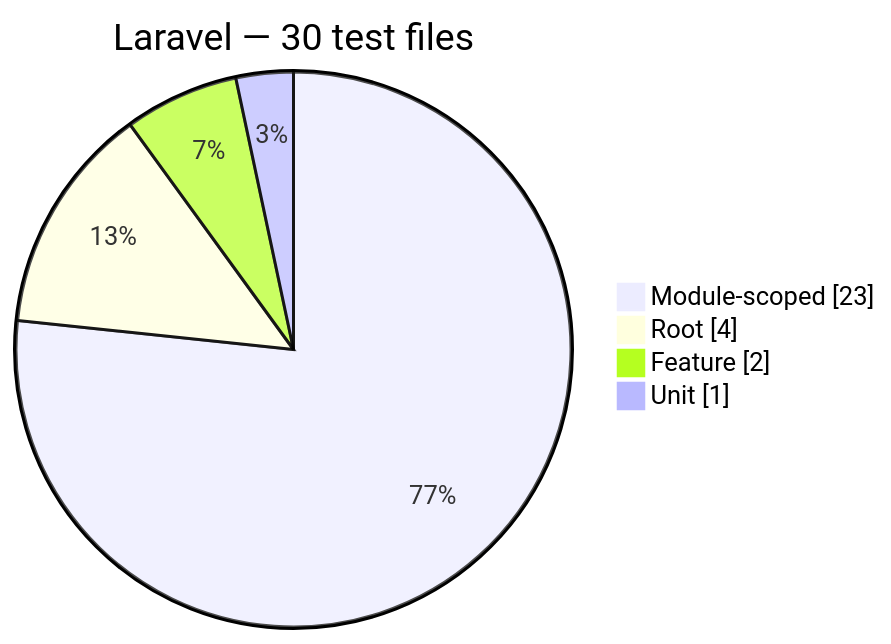
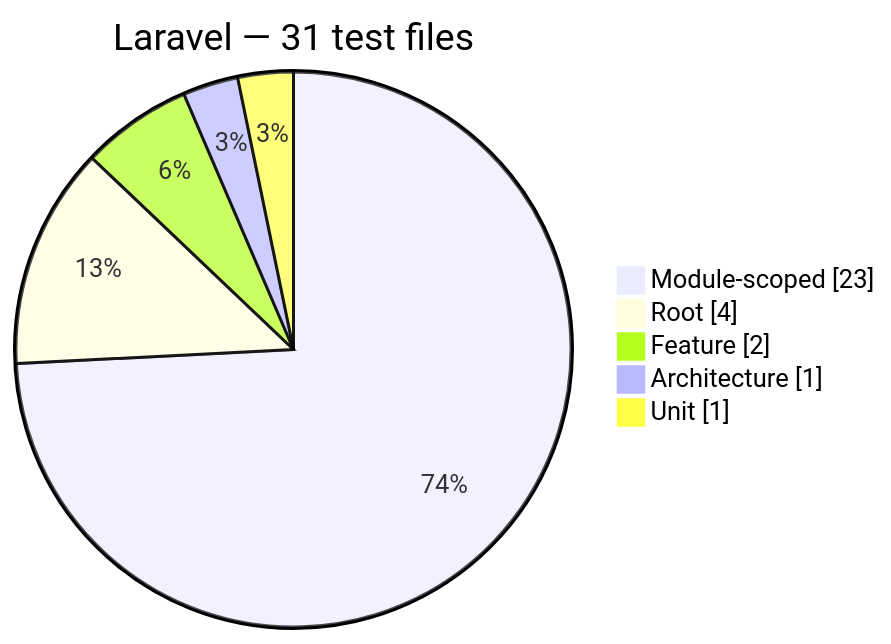
Before and after one commit to Mohammed-Alama/php-arazzo: diagram 12 of 12 in docs/generated/test-composition.md, drawn with Mermaid. The commit also changed other lines of this file and 40 other files, not shown here.

````diff
--- a/docs/generated/test-composition.md
+++ b/docs/generated/test-composition.md
@@ -172,8 +172,9 @@
 ```mermaid
 pie showData
-    title Laravel — 30 test files
+    title Laravel — 31 test files
     "Module-scoped": 23
     "Root": 4
     "Feature": 2
+    "Architecture": 1
     "Unit": 1
 ```
````
